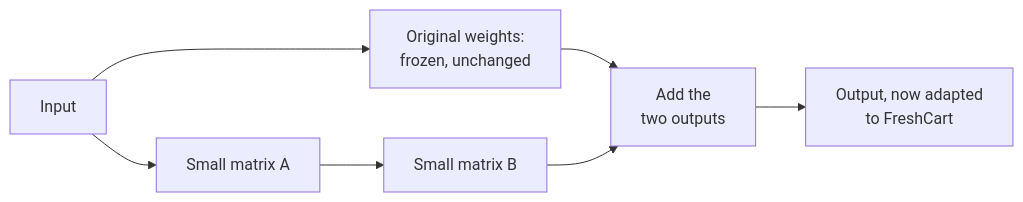
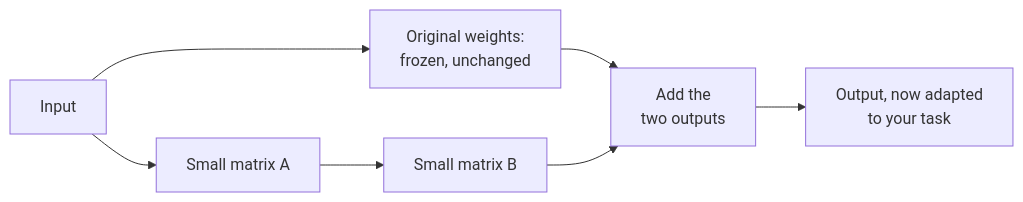
The third of 12 diagrams in src/Data/aiStackDocs/CH-12.md (shubamchaudhary/CodeNITW), drawn with Mermaid before and after one commit. The commit also changed other lines of this file and 32 other files, not shown here.

````diff
--- a/src/Data/aiStackDocs/CH-12.md
+++ b/src/Data/aiStackDocs/CH-12.md
@@ -43,9 +43,9 @@
 ```mermaid
 flowchart LR
     X["Input"] --> W["Original weights:<br/>frozen, unchanged"]
     X --> A["Small matrix A"]
     A --> B["Small matrix B"]
     W --> SUM["Add the<br/>two outputs"]
     B --> SUM
-    SUM --> Y["Output, now adapted<br/>to FreshCart"]
+    SUM --> Y["Output, now adapted<br/>to your task"]
 ```
````
